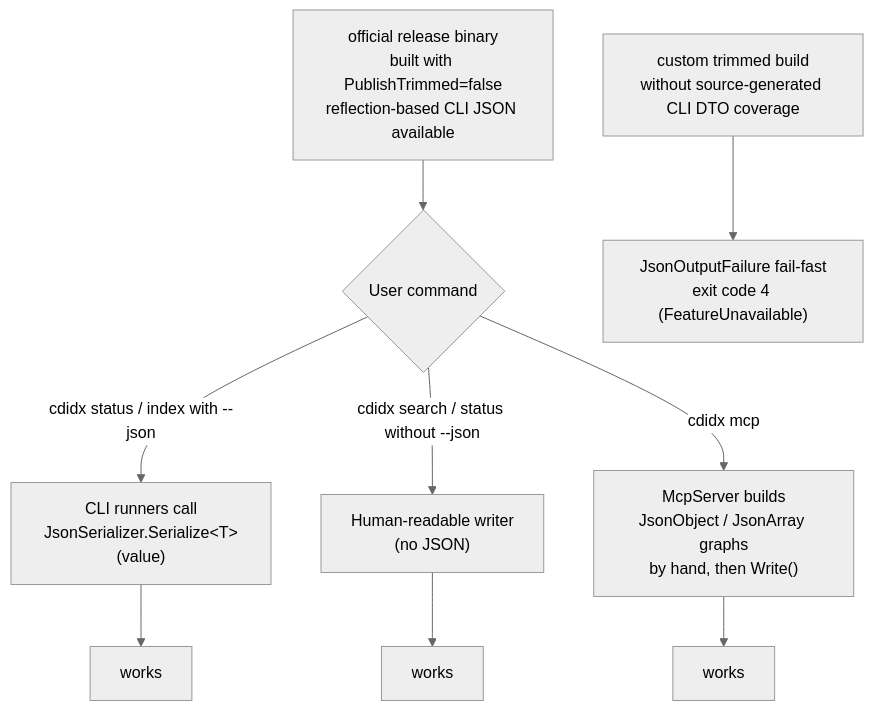
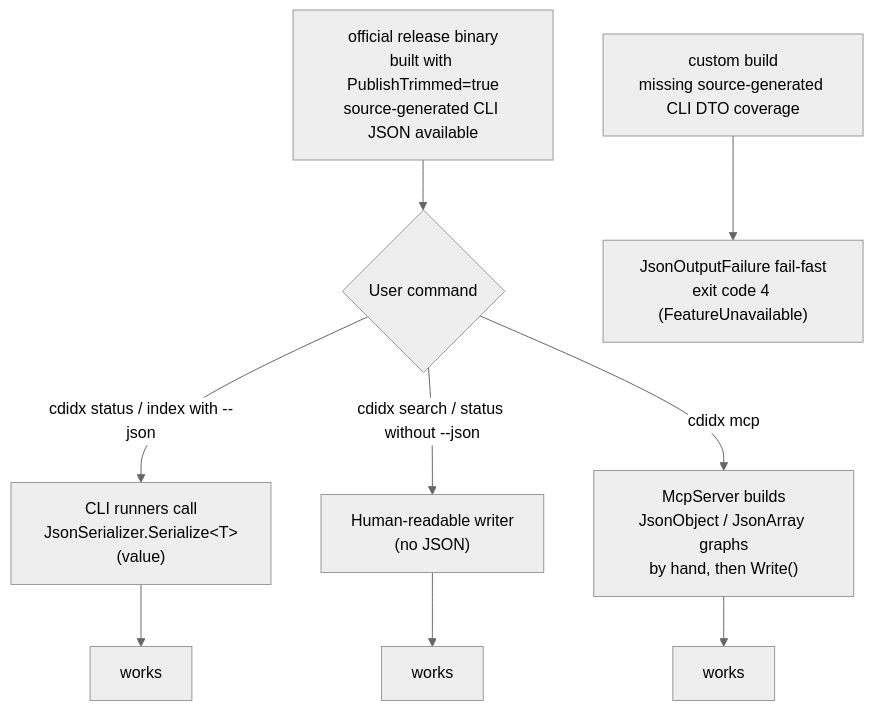
The sixth of 12 diagrams in DEVELOPER_GUIDE.md (braincominity/CodeIndex), drawn with Mermaid (neutral theme) before and after one commit. The commit also changed other lines of this file and 11 other files, not shown here.

Commit message:
Cover CLI JSON serializers for trimmed release

````diff
--- a/DEVELOPER_GUIDE.md
+++ b/DEVELOPER_GUIDE.md
@@ -1136,12 +1136,12 @@
 ```mermaid
 flowchart TD
-    B["official release binary<br/>built with PublishTrimmed=false<br/>reflection-based CLI JSON available"]
+    B["official release binary<br/>built with PublishTrimmed=true<br/>source-generated CLI JSON available"]
     B --> R{User command}
     R -->|cdidx status / index with --json| A["CLI runners call<br/>JsonSerializer.Serialize&lt;T&gt;(value)"]
     R -->|cdidx search / status without --json| H["Human-readable writer<br/>(no JSON)"]
     R -->|cdidx mcp| M["McpServer builds<br/>JsonObject / JsonArray graphs<br/>by hand, then Write()"]
     A --> AX["works"]
     H --> HX["works"]
     M --> MX["works"]
-    T["custom trimmed build<br/>without source-generated CLI DTO coverage"] --> TX["JsonOutputFailure fail-fast<br/>exit code 4 (FeatureUnavailable)"]
+    T["custom build<br/>missing source-generated CLI DTO coverage"] --> TX["JsonOutputFailure fail-fast<br/>exit code 4 (FeatureUnavailable)"]
 ```
````
